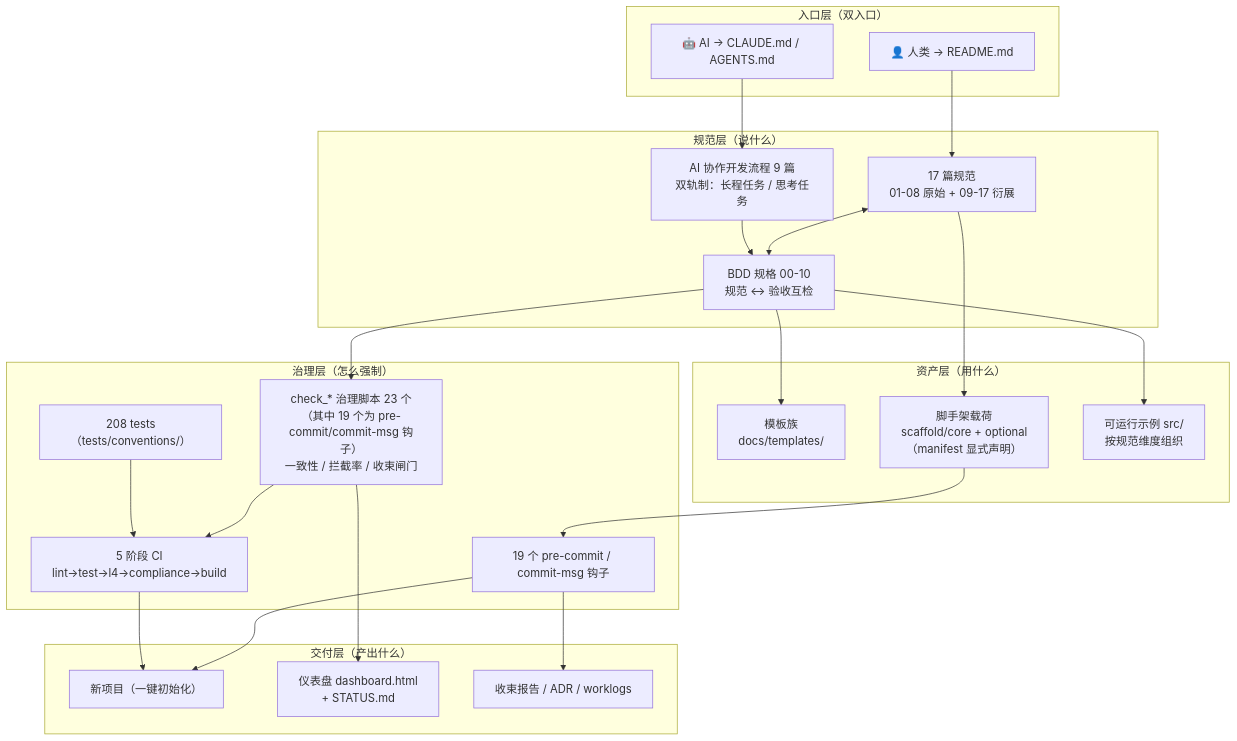
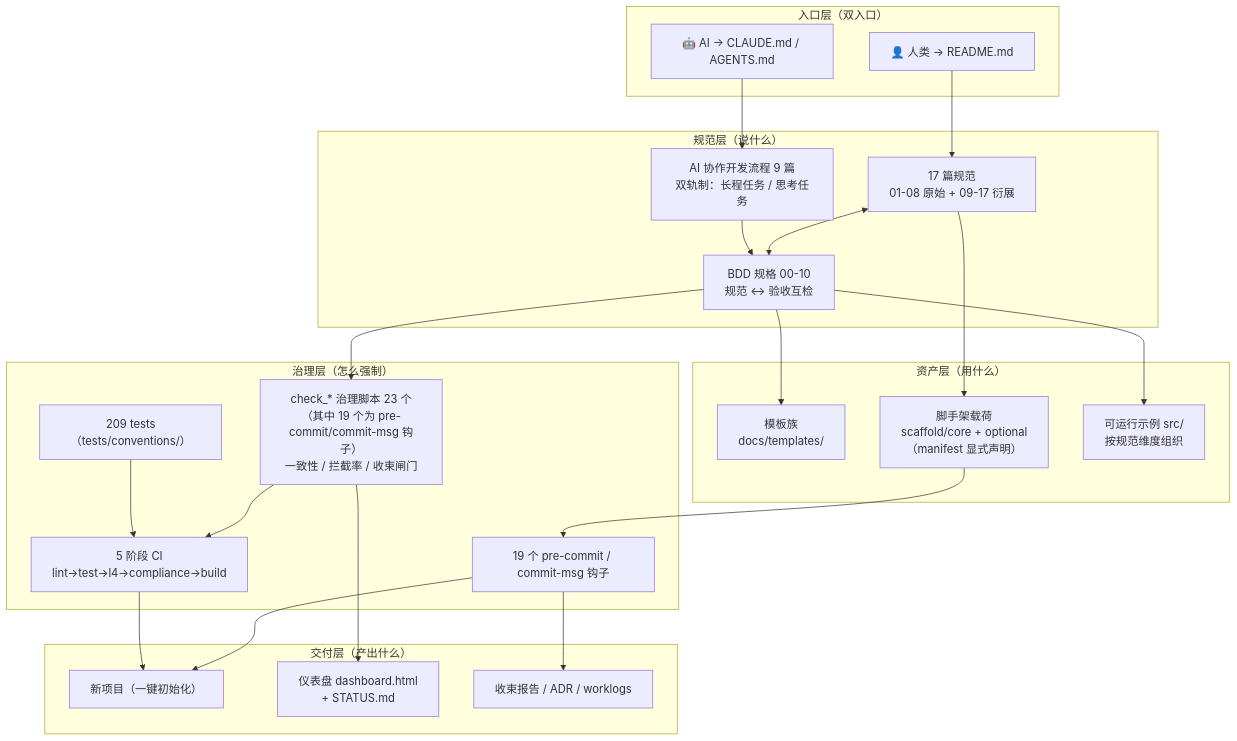
One commit to xiangbianpangde/devguard changed the first of 5 diagrams in docs/plan/项目介绍-PRD.md. Above: the diagram before and after it, drawn with Mermaid. The commit also changed other lines of this file and 4 other files, not shown here.

````diff
--- a/docs/plan/项目介绍-PRD.md
+++ b/docs/plan/项目介绍-PRD.md
@@ -29,48 +29,48 @@
 ```mermaid
 flowchart TB
     subgraph L1["入口层（双入口）"]
         H1["👤 人类 → README.md"]
         A1["🤖 AI → CLAUDE.md / AGENTS.md"]
     end
 
     subgraph L2["规范层（说什么）"]
         C1["17 篇规范<br/>01-08 原始 + 09-17 衍展"]
         C2["AI 协作开发流程 9 篇<br/>双轨制：长程任务 / 思考任务"]
         C3["BDD 规格 00-10<br/>规范 ↔ 验收互检"]
     end
 
     subgraph L3["资产层（用什么）"]
         T1["模板族<br/>docs/templates/"]
         T2["脚手架载荷<br/>scaffold/core + optional<br/>（manifest 显式声明）"]
         T3["可运行示例 src/<br/>按规范维度组织"]
     end
 
     subgraph L4["治理层（怎么强制）"]
         G1["19 个 pre-commit / commit-msg 钩子"]
         G2["5 阶段 CI<br/>lint→test→l4→compliance→build"]
         G3["check_* 治理脚本 23 个（其中 19 个为 pre-commit/commit-msg 钩子）<br/>一致性 / 拦截率 / 收束闸门"]
-        G4["208 tests（tests/conventions/）"]
+        G4["209 tests（tests/conventions/）"]
     end
 
     subgraph L5["交付层（产出什么）"]
         D1["新项目（一键初始化）"]
         D2["仪表盘 dashboard.html<br/>+ STATUS.md"]
         D3["收束报告 / ADR / worklogs"]
     end
 
     H1 --> C1
     A1 --> C2
     C1 <--> C3
     C2 --> C3
     C3 --> T1
     C1 --> T2
     C3 --> T3
     T2 --> G1
     C3 --> G3
     G3 --> G2
     G4 --> G2
     G1 --> D1
     G2 --> D1
     G3 --> D2
     G1 --> D3
 ```
````
